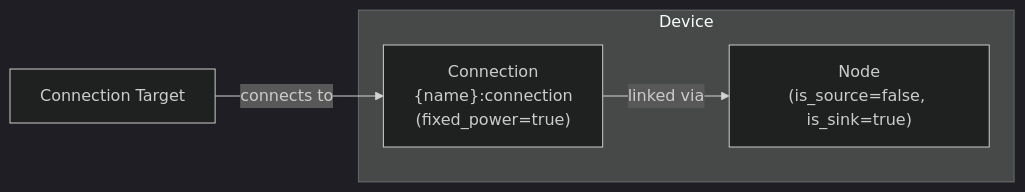
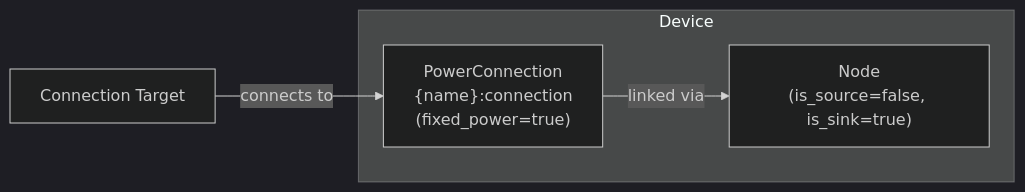
One commit to Chance-Konstruktion/haeo changed the diagram in docs/modeling/device-layer/loads.md. Above: the diagram before and after it, drawn with Mermaid (dark theme). The commit also changed other lines of this file and 26 other files, not shown here.

````diff
--- a/docs/modeling/device-layer/loads.md
+++ b/docs/modeling/device-layer/loads.md
@@ -7,13 +7,13 @@
 ```mermaid
 graph LR
     subgraph "Device"
         SS["Node<br/>(is_source=false, is_sink=true)"]
-        Conn["Connection<br/>{name}:connection<br/>(fixed_power=true)"]
+        Conn["PowerConnection<br/>{name}:connection<br/>(fixed_power=true)"]
     end
 
     Node[Connection Target]
 
 
     Conn -->|linked via| SS
     Node -->|connects to| Conn
 ```
````
